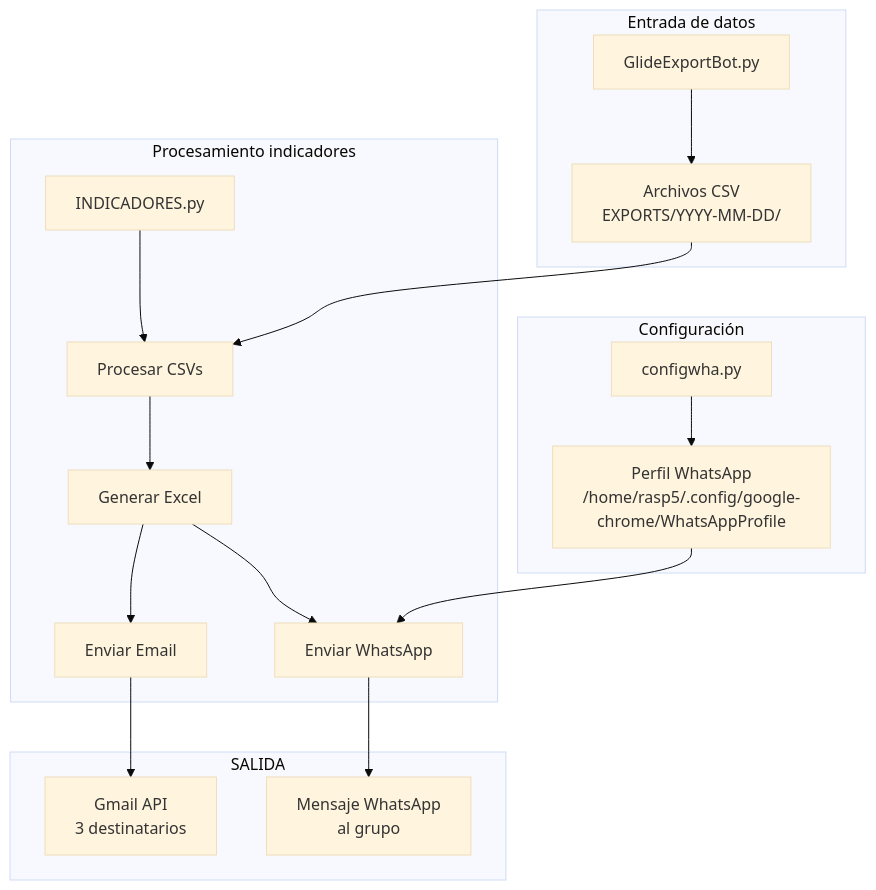
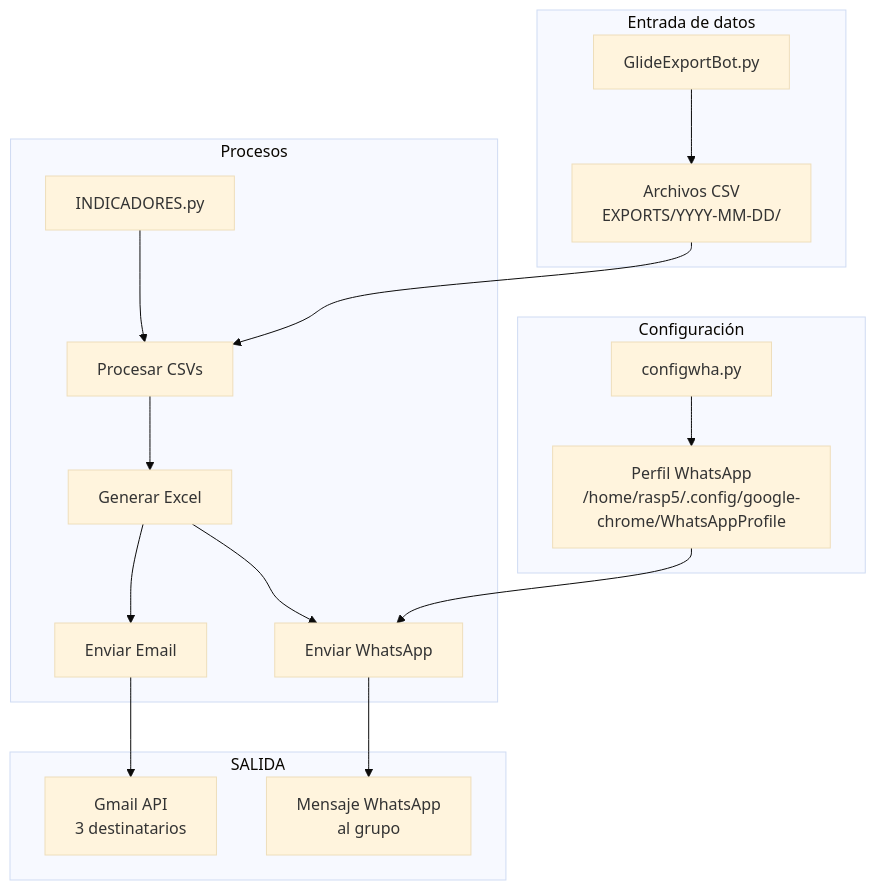
The second of 7 diagrams in README.md (ebohorquez589/Prueba), drawn with Mermaid (base theme) before and after one commit. The commit also changed other lines of this file, not shown here.

````diff
--- a/README.md
+++ b/README.md
@@ -108,28 +126,28 @@
 ```mermaid
 graph TB
     %% ========== componentes principales ==========
     subgraph "Configuración"
         B[configwha.py] --> J[Perfil WhatsApp<br/>/home/rasp5/.config/google-chrome/WhatsAppProfile]
     end
     
-    subgraph "Procesamiento indicadores"
+    subgraph "Procesos"
         A[INDICADORES.py] --> F[ Procesar CSVs]
         F --> G[ Generar Excel]
         G --> H[ Enviar Email]
         G --> I[ Enviar WhatsApp]
     end
     
     subgraph "Entrada de datos"
         D[GlideExportBot.py] --> E[Archivos CSV<br/>EXPORTS/YYYY-MM-DD/]
     end
     
     subgraph "SALIDA"
         H --> K[Gmail API<br/>3 destinatarios]
         I --> L[Mensaje WhatsApp<br/>al grupo]
     end
     
     %% ========== Flujos principales ==========
     E --> F
     J --> I
 
 ```
````
